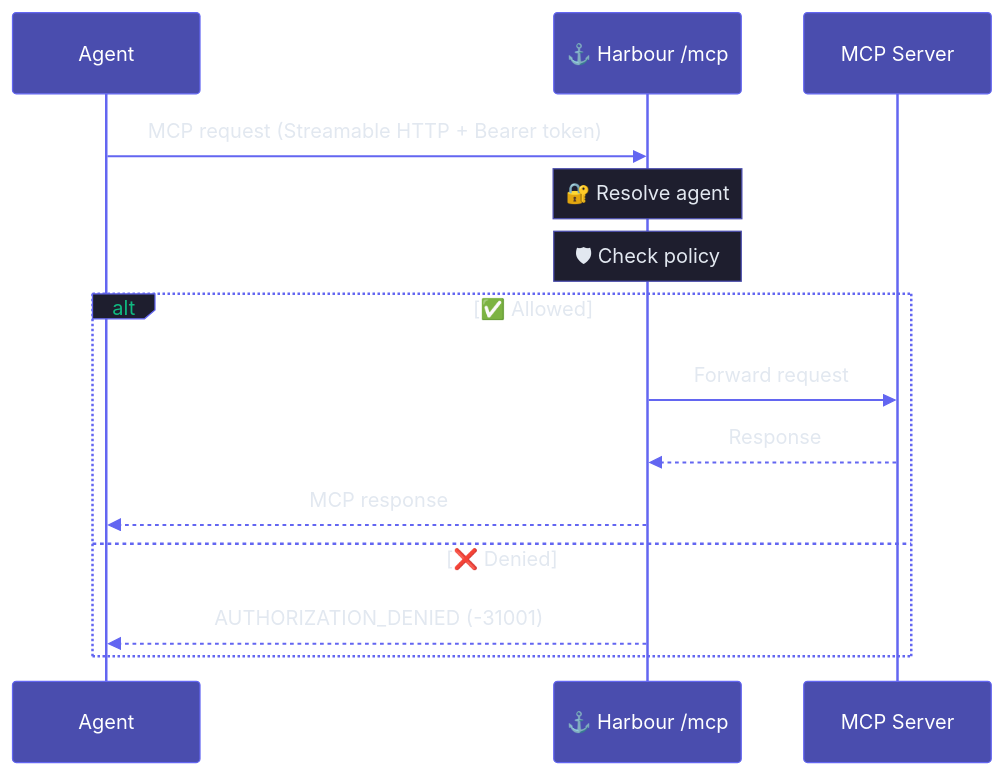
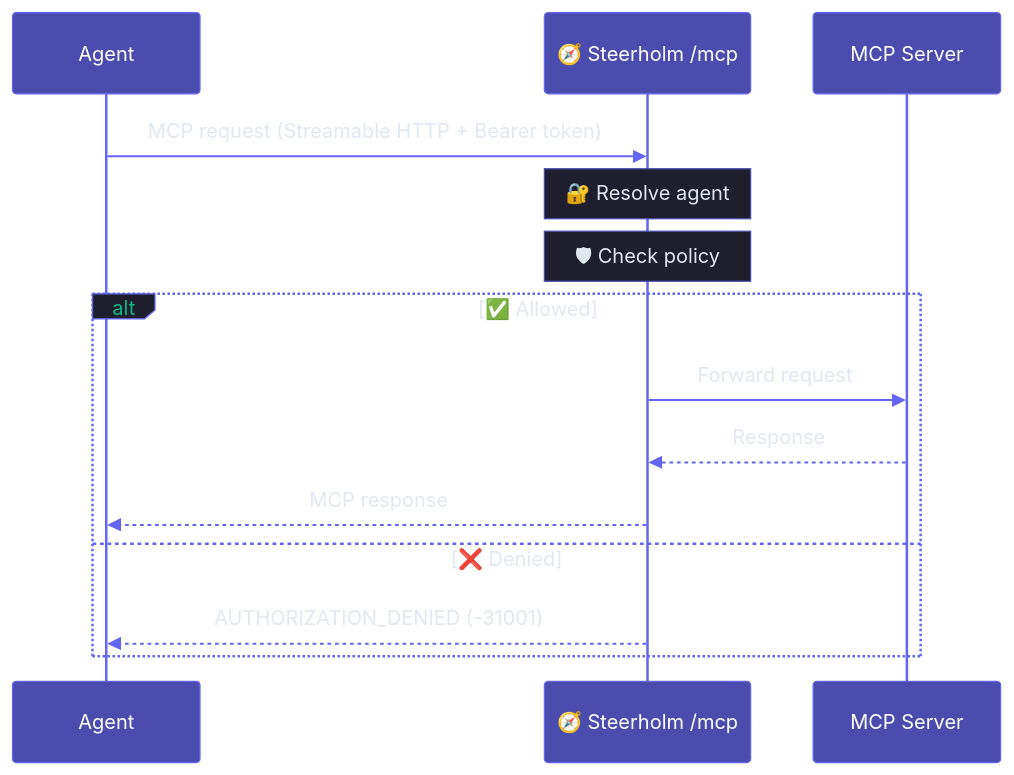
One commit to steerholm/steerholm changed the diagram in docs/concepts/architecture.mdx. Above: the diagram before and after it, drawn with Mermaid. The commit also changed other lines of this file and 66 other files, not shown here.

First line of the commit message:
rebrand: MCP Harbour → Steerholm (holm CLI)

````diff
--- a/docs/concepts/architecture.mdx
+++ b/docs/concepts/architecture.mdx
@@ -98,21 +98,21 @@
 ```mermaid
 %%{init: {'theme': 'base', 'themeVariables': {'actorBkg': '#4a4dae', 'actorTextColor': '#fff', 'actorBorder': '#6366f1', 'activationBorderColor': '#6366f1', 'activationBkgColor': '#2d2d5e', 'signalColor': '#6366f1', 'signalTextColor': '#e2e8f0', 'noteBkgColor': '#1e1e2e', 'noteTextColor': '#e2e8f0', 'noteBorderColor': '#4a4dae', 'altSectionBkgColor': '#16162a', 'loopTextColor': '#e2e8f0', 'labelBoxBkgColor': '#1e1e2e', 'labelTextColor': '#10b981'}}}%%
 
 sequenceDiagram
     participant Agent
-    participant Daemon as ⚓ Harbour /mcp
+    participant Daemon as 🧭 Steerholm /mcp
     participant Server as MCP Server
 
     Agent->>Daemon: MCP request (Streamable HTTP + Bearer token)
 
     Note over Daemon: 🔐 Resolve agent
     Note over Daemon: 🛡 Check policy
 
     alt ✅ Allowed
         Daemon->>Server: Forward request
         Server-->>Daemon: Response
         Daemon-->>Agent: MCP response
     else ❌ Denied
         Daemon-->>Agent: AUTHORIZATION_DENIED (-31001)
     end
 ```
````
